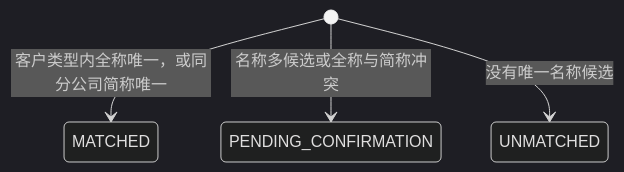
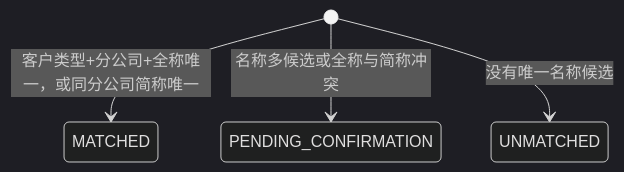
The sixth of 9 diagrams in docs/design/04-state-machines.md (ChenWang08/ordershow), drawn with Mermaid (dark theme) before and after one commit. The commit also changed other lines of this file and 31 other files, not shown here.

Commit message:
0914多图上传与H5前端

````diff
--- a/docs/design/04-state-machines.md
+++ b/docs/design/04-state-machines.md
@@ -240,6 +240,6 @@
 ```mermaid
 stateDiagram-v2
-  [*] --> MATCHED: 客户类型内全称唯一，或同分公司简称唯一
+  [*] --> MATCHED: 客户类型+分公司+全称唯一，或同分公司简称唯一
   [*] --> PENDING_CONFIRMATION: 名称多候选或全称与简称冲突
   [*] --> UNMATCHED: 没有唯一名称候选
 ```
````
